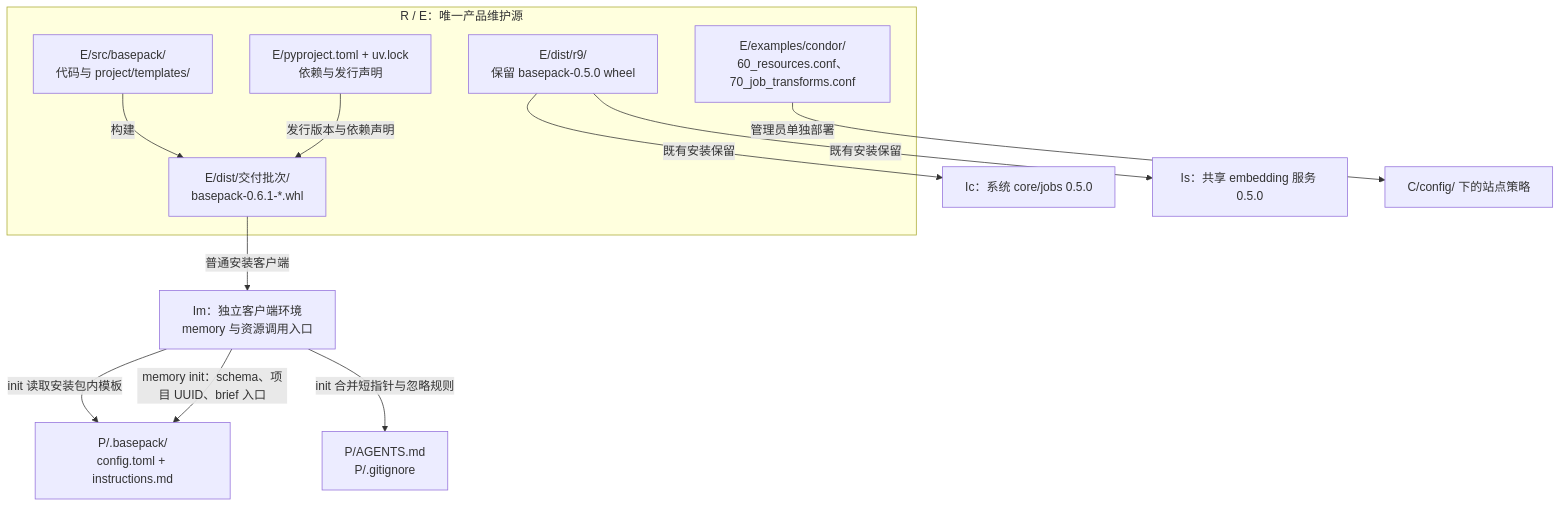
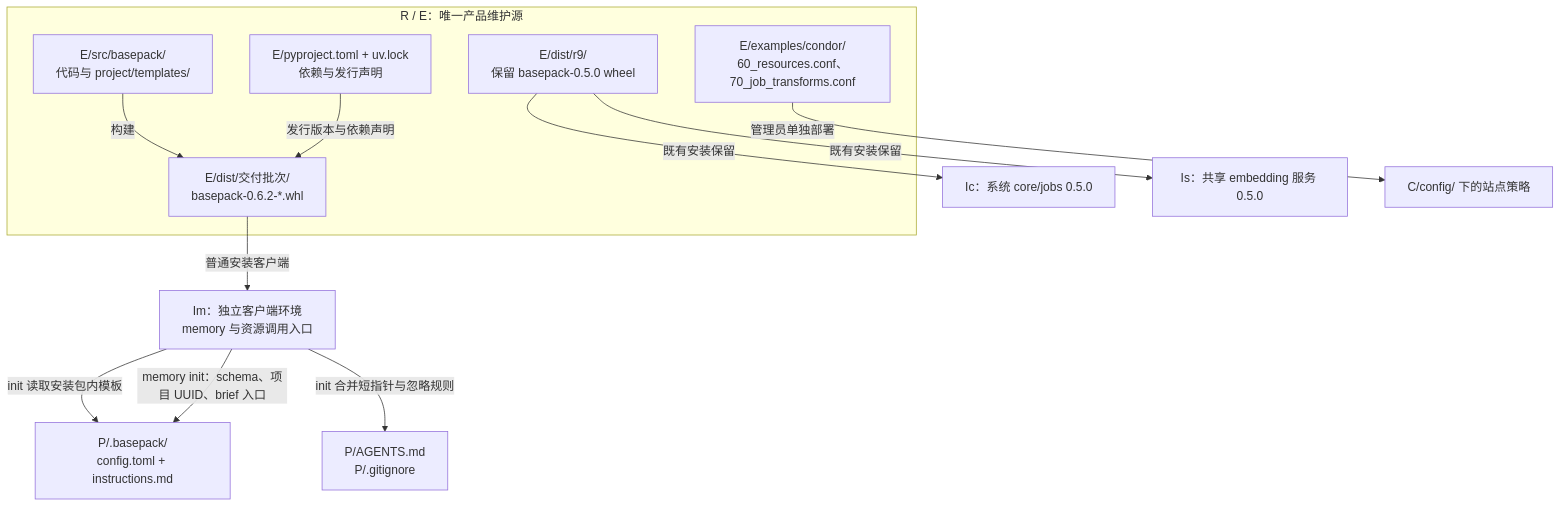
One commit to YS-Pan/basePack changed the first of 8 diagrams in devDoc/system/diagrams.md. Above: the diagram before and after it, drawn with Mermaid. The commit also changed other lines of this file and 28 other files, not shown here.

````diff
--- a/devDoc/system/diagrams.md
+++ b/devDoc/system/diagrams.md
@@ -22,19 +22,19 @@
 ```mermaid
 flowchart TB
   subgraph source["R / E：唯一产品维护源"]
     code["E/src/basepack/<br/>代码与 project/templates/"]
     deps["E/pyproject.toml + uv.lock<br/>依赖与发行声明"]
-    wheel["E/dist/交付批次/<br/>basepack-0.6.1-*.whl"]
+    wheel["E/dist/交付批次/<br/>basepack-0.6.2-*.whl"]
     r9["E/dist/r9/<br/>保留 basepack-0.5.0 wheel"]
     policy["E/examples/condor/<br/>60_resources.conf、70_job_transforms.conf"]
     code -->|构建| wheel
     deps -->|发行版本与依赖声明| wheel
   end
   wheel -->|普通安装客户端| memory["Im：独立客户端环境<br/>memory 与资源调用入口"]
   r9 -->|既有安装保留| core["Ic：系统 core/jobs 0.5.0"]
   r9 -->|既有安装保留| service["Is：共享 embedding 服务 0.5.0"]
   policy -->|管理员单独部署| condor["C/config/ 下的站点策略"]
   memory -->|init 读取安装包内模板| instance["P/.basepack/<br/>config.toml + instructions.md"]
   memory -->|init 合并短指针与忽略规则| entry["P/AGENTS.md<br/>P/.gitignore"]
   memory -->|memory init：schema、项目 UUID、brief 入口| instance
 ```
````
